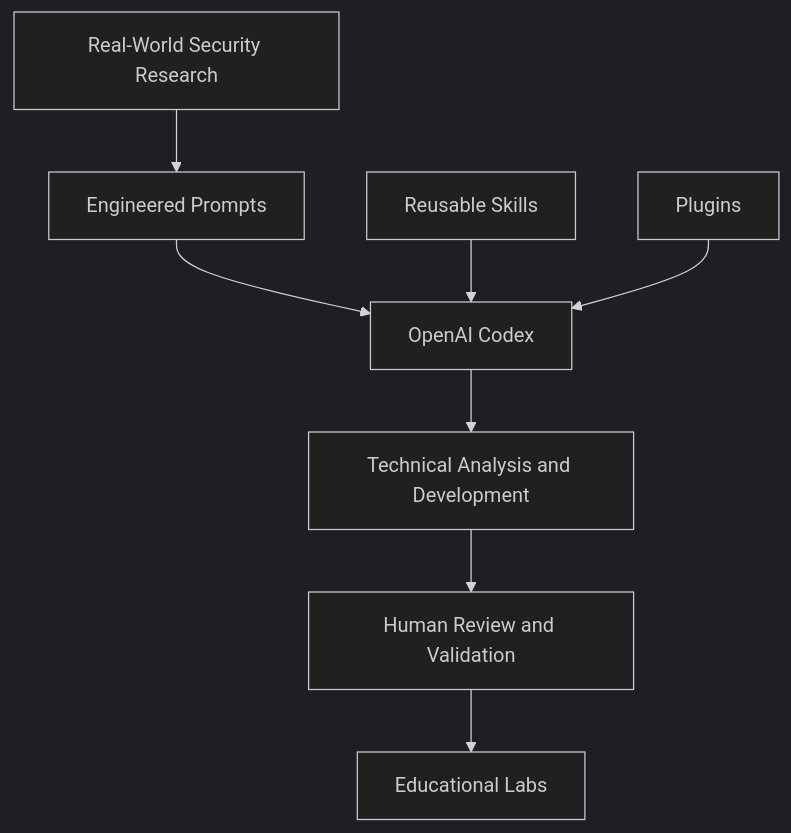
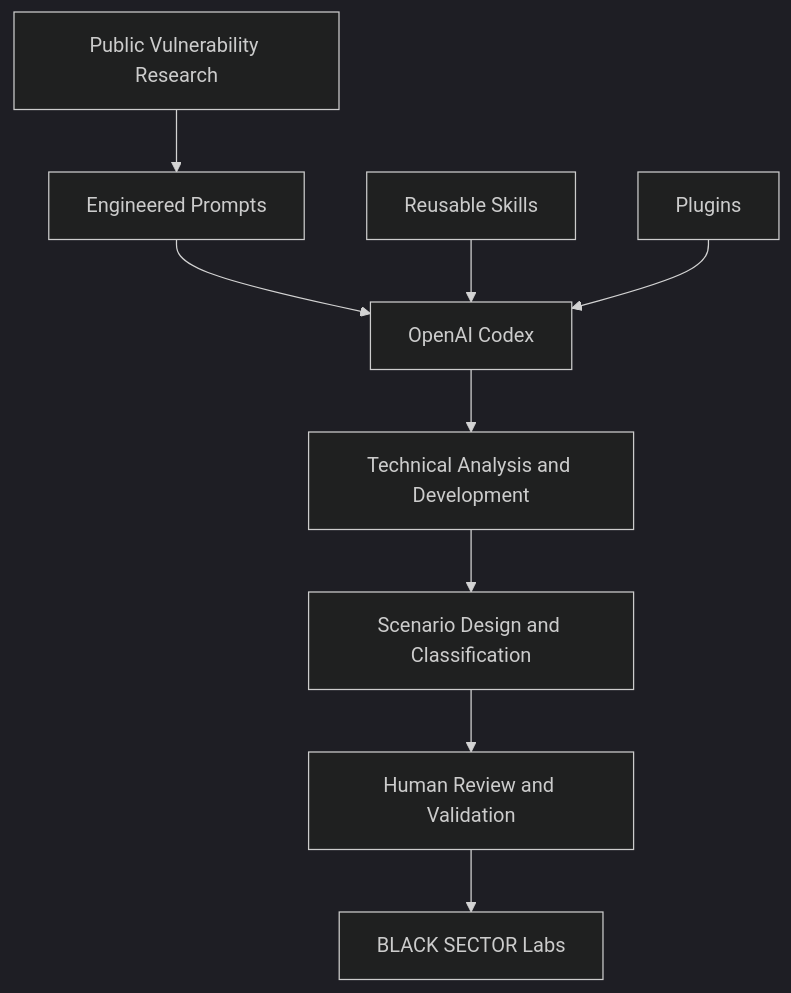
Before and after one commit to Ahmed80325/black-sector-codex-labs: the third of 5 diagrams in README.md, drawn with Mermaid (dark theme). The commit also changed other lines of this file, not shown here.

````diff
--- a/README.md
+++ b/README.md
@@ -324,10 +362,11 @@
 ```mermaid
 flowchart TD
-    A["Real-World Security Research"] --> B["Engineered Prompts"]
+    A["Public Vulnerability Research"] --> B["Engineered Prompts"]
     B --> C["OpenAI Codex"]
     D["Reusable Skills"] --> C
     E["Plugins"] --> C
     C --> F["Technical Analysis and Development"]
-    F --> G["Human Review and Validation"]
-    G --> H["Educational Labs"]
+    F --> G["Scenario Design and Classification"]
+    G --> H["Human Review and Validation"]
+    H --> I["BLACK SECTOR Labs"]
 ```
````
